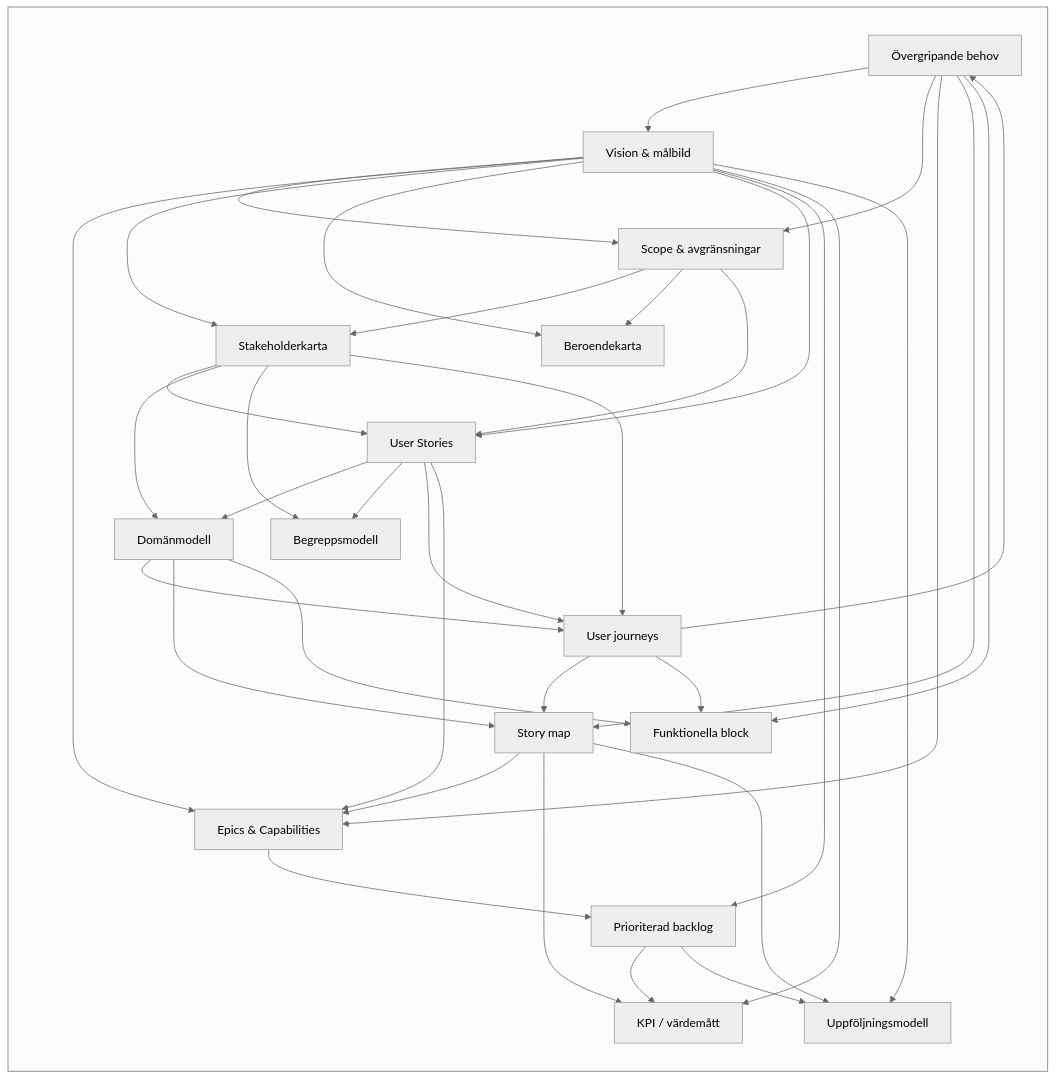
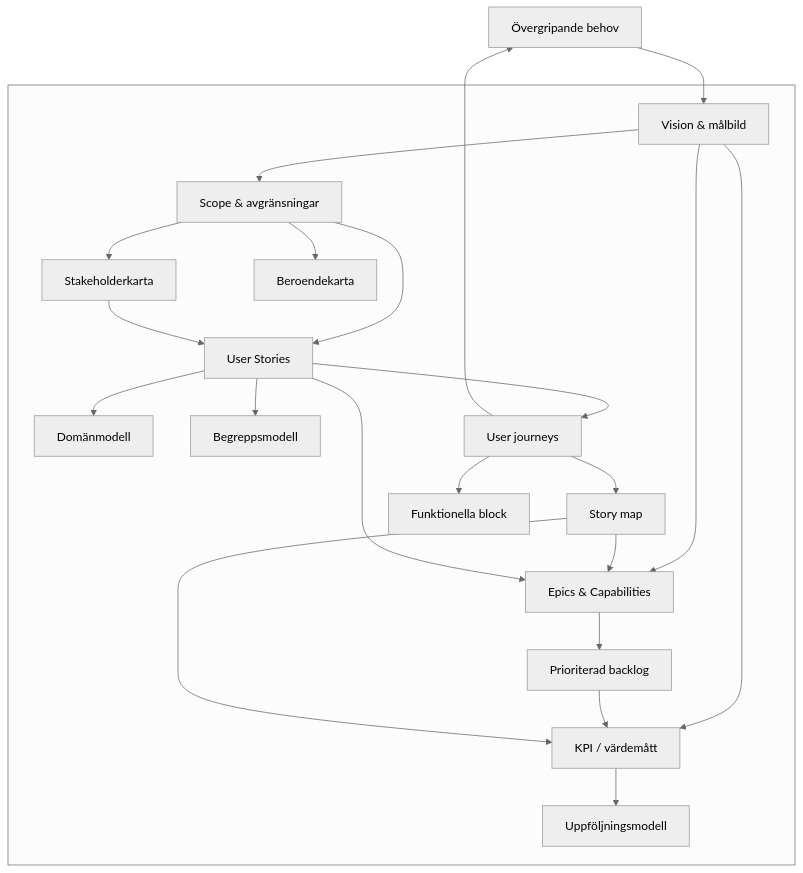
One commit to Riniga/valuestream-os changed the first of 3 diagrams in docs/artifacts/Artifacts.md. Above: the diagram before and after it, drawn with Mermaid (neutral theme). The commit also changed other lines of this file and 2 other files, not shown here.

Commit message:
artifaktkartor uppdaterade

````diff
--- a/docs/artifacts/Artifacts.md
+++ b/docs/artifacts/Artifacts.md
@@ -7,61 +7,73 @@
 ```mermaid
-flowchart LR
+flowchart
+
+  OB["Övergripande behov"]
   subgraph mal[" "]
-    OB["Övergripande behov"]
+
     VM["Vision & målbild"]
+
     SA["Scope & avgränsningar"]
+    EC["Epics & Capabilities"]
+
     SK["Stakeholderkarta"]
     BK["Beroendekarta"]
     US["User Stories"]
+
+    DM["Domänmodell"]
+    BM["Begreppsmodell"]
+
     UJ["User journeys"]
     SM["Story map"]
     FB["Funktionella block"]
-    EC["Epics & Capabilities"]
+
     PB["Prioriterad backlog"]
     KPI["KPI / värdemått"]
     UM["Uppföljningsmodell"]
-    DM["Domänmodell"]
-    BM["Begreppsmodell"]
+
   end
 
     OB --> VM
-    OB --> SA
-    OB --> EC
 
+%%    OB --> SA
+%%    OB --> EC
     VM --> SA
     VM --> EC
 
     SA --> SK
-    VM --> SK
+%%    VM --> SK
     SA --> BK
-    VM --> BK
-    VM --> US
+%%    VM --> BK
+
+%%    VM --> US
     SA --> US
     SK --> US
-    SK --> DM
+
+%%    SK --> DM
     US --> DM
-    SK --> BM
+%%    SK --> BM
     US --> BM
-    DM --> UJ
+
+%%    DM --> UJ
     US --> UJ
-    SK --> UJ
+%%    SK --> UJ
     UJ --> OB
+
     UJ --> SM
-    DM --> SM
-    OB --> SM
+%%    DM --> SM
+%%    OB --> SM
+
     UJ --> FB
-    DM --> FB
-    OB --> FB
+%%    DM --> FB
+%%    OB --> FB
+
     SM --> EC
     US --> EC
     EC --> PB
-    VM --> PB
+%%    VM --> PB
     VM --> KPI
     PB --> KPI
     SM --> KPI
-    VM --> UM
-    PB --> UM
-    SM --> UM
+    KPI --> UM
 
 
 ```
````
